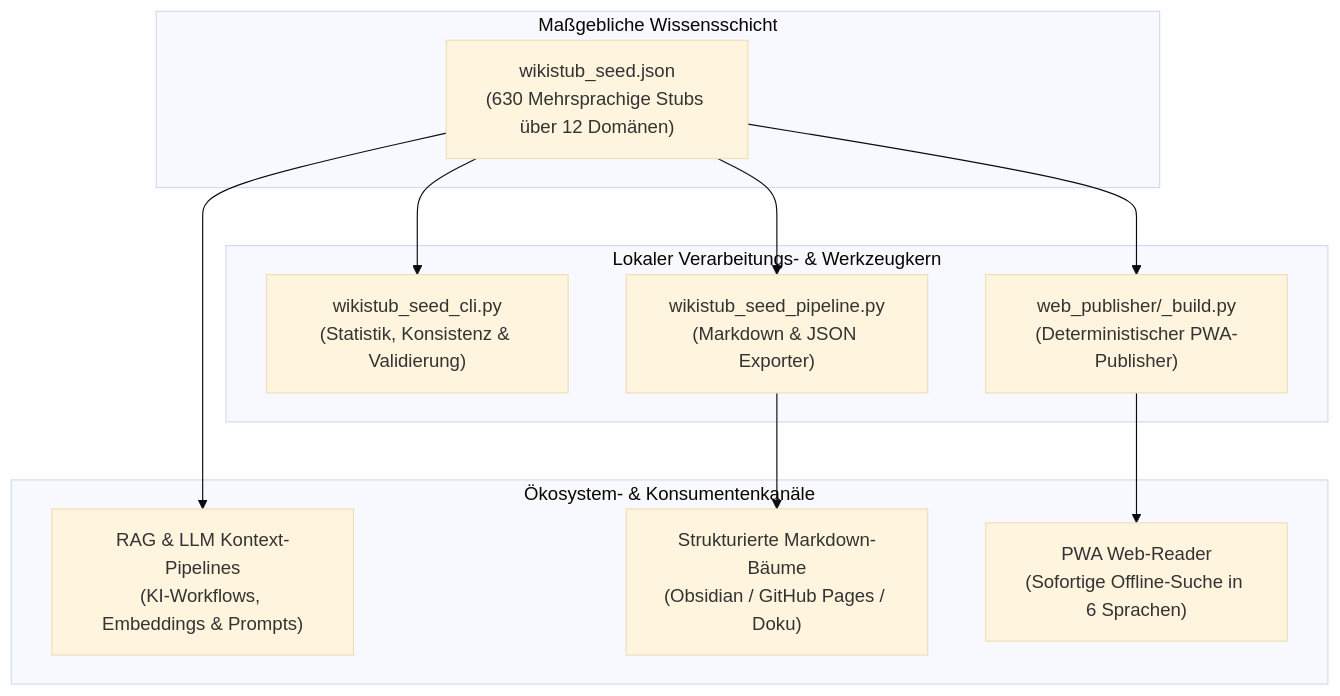
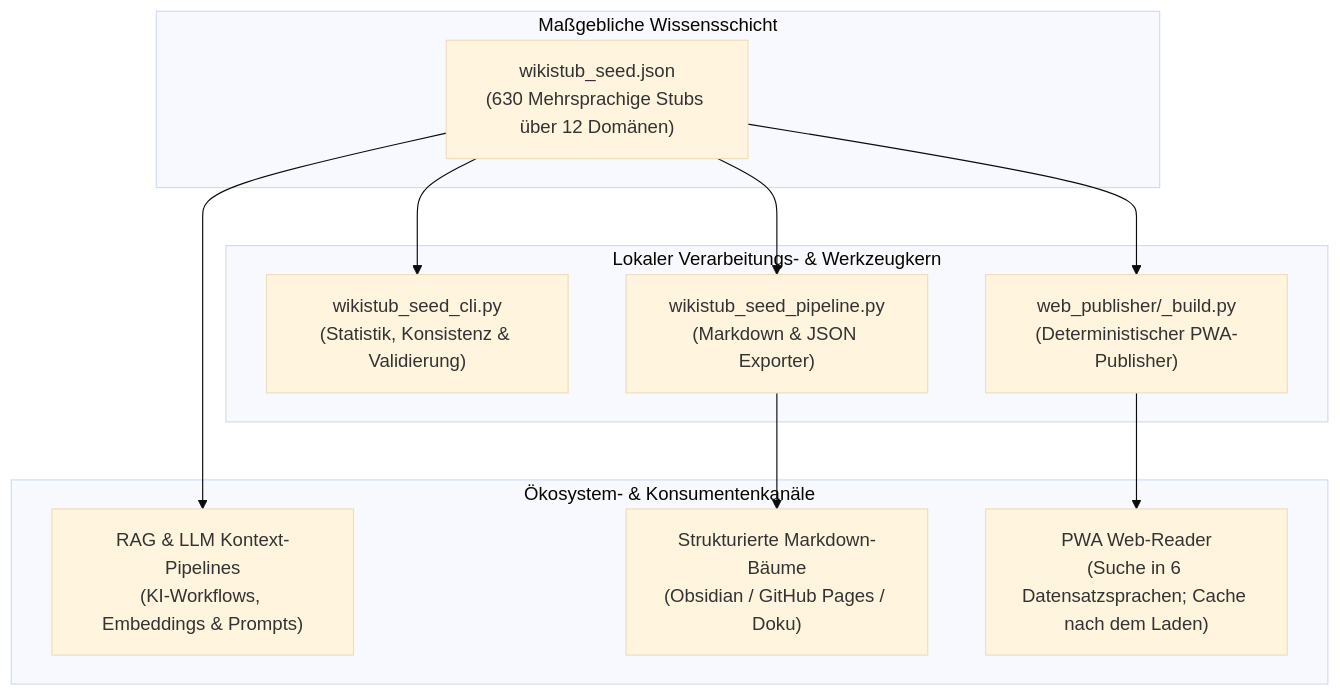
Before and after one commit to dev-bricks/WikiStub-Seed: the first of 2 diagrams in README_de.md, drawn with Mermaid (base theme). The commit also changed other lines of this file and 32 other files, not shown here.

````diff
--- a/README_de.md
+++ b/README_de.md
@@ -94,22 +87,22 @@
 ```mermaid
 flowchart TD
     subgraph Data_Layer["Maßgebliche Wissensschicht"]
         A["wikistub_seed.json<br/>(630 Mehrsprachige Stubs über 12 Domänen)"]
     end
     subgraph Processing_Core["Lokaler Verarbeitungs- & Werkzeugkern"]
         B["wikistub_seed_cli.py<br/>(Statistik, Konsistenz & Validierung)"]
         C["wikistub_seed_pipeline.py<br/>(Markdown & JSON Exporter)"]
         D["web_publisher/_build.py<br/>(Deterministischer PWA-Publisher)"]
     end
     subgraph Integration_Layer["Ökosystem- & Konsumentenkanäle"]
         E["RAG & LLM Kontext-Pipelines<br/>(KI-Workflows, Embeddings & Prompts)"]
         F["Strukturierte Markdown-Bäume<br/>(Obsidian / GitHub Pages / Doku)"]
-        G["PWA Web-Reader<br/>(Sofortige Offline-Suche in 6 Sprachen)"]
+        G["PWA Web-Reader<br/>(Suche in 6 Datensatzsprachen; Cache nach dem Laden)"]
     end
     A --> B
     A --> C
     A --> D
     A --> E
     C --> F
     D --> G
 ```
````
